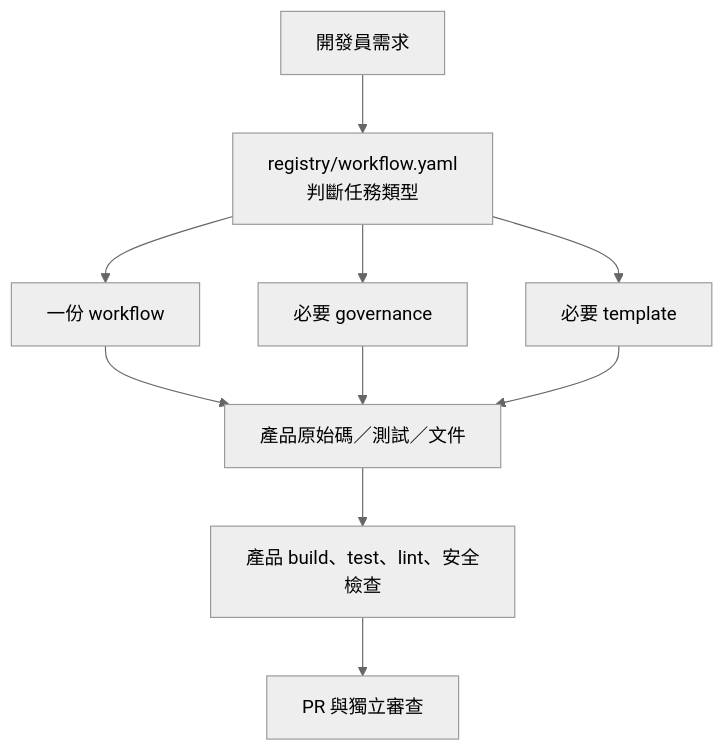
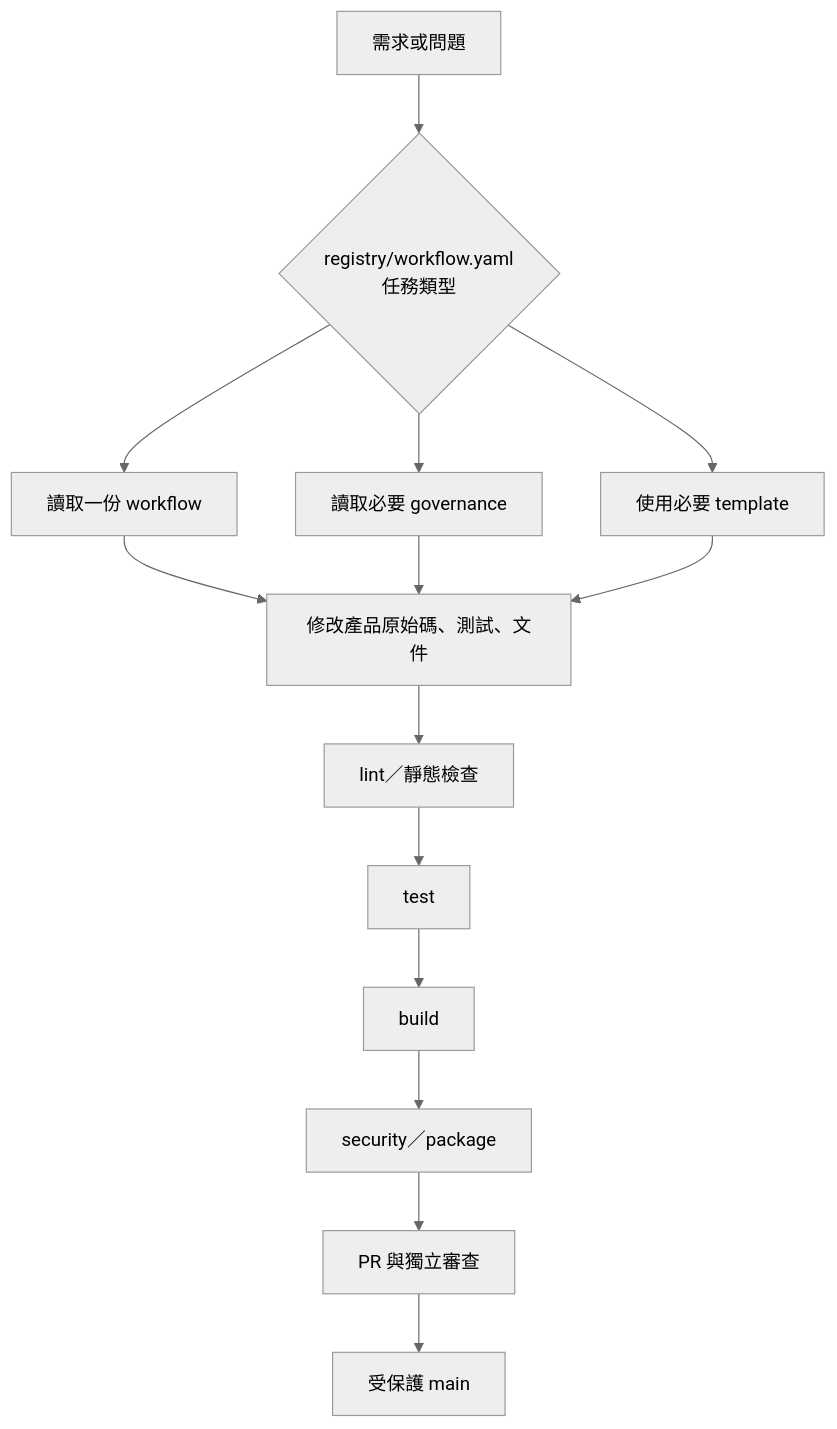
Before and after one commit to JiaChangGit/ai_dev_platform-cicd-platform: the third of 6 diagrams in docs/architecture.md, drawn with Mermaid (neutral theme). The commit also changed other lines of this file and 28 other files, not shown here.

````diff
--- a/docs/architecture.md
+++ b/docs/architecture.md
@@ -23,12 +68,16 @@
 ```mermaid
 flowchart TD
-    U["開發員需求"] --> C["registry/workflow.yaml<br/>判斷任務類型"]
-    C --> W["一份 workflow"]
-    C --> G["必要 governance"]
-    C --> T["必要 template"]
-    W --> I["產品原始碼／測試／文件"]
+    U["需求或問題"] --> C{"registry/workflow.yaml<br/>任務類型"}
+    C --> W["讀取一份 workflow"]
+    C --> G["讀取必要 governance"]
+    C --> T["使用必要 template"]
+    W --> I["修改產品原始碼、測試、文件"]
     G --> I
     T --> I
-    I --> V["產品 build、test、lint、安全檢查"]
-    V --> R["PR 與獨立審查"]
+    I --> L["lint／靜態檢查"]
+    L --> Q["test"]
+    Q --> B["build"]
+    B --> S["security／package"]
+    S --> PR["PR 與獨立審查"]
+    PR --> M["受保護 main"]
 ```
````
